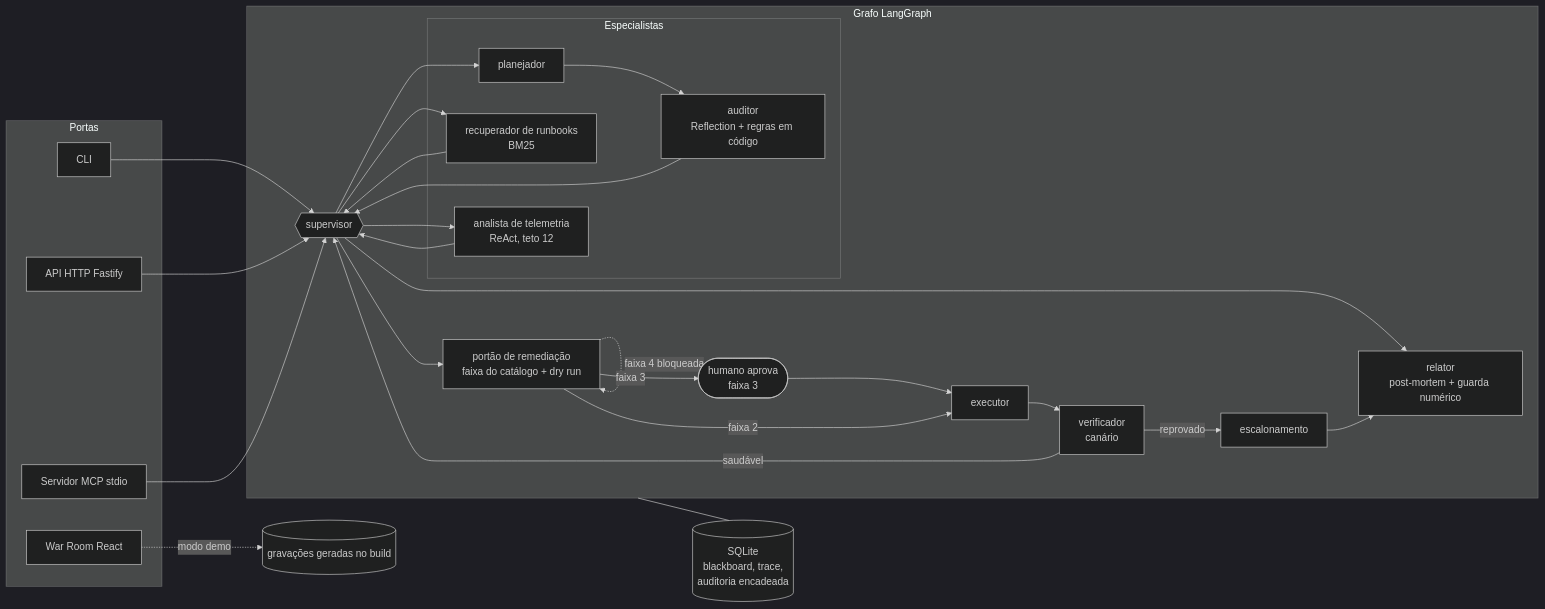
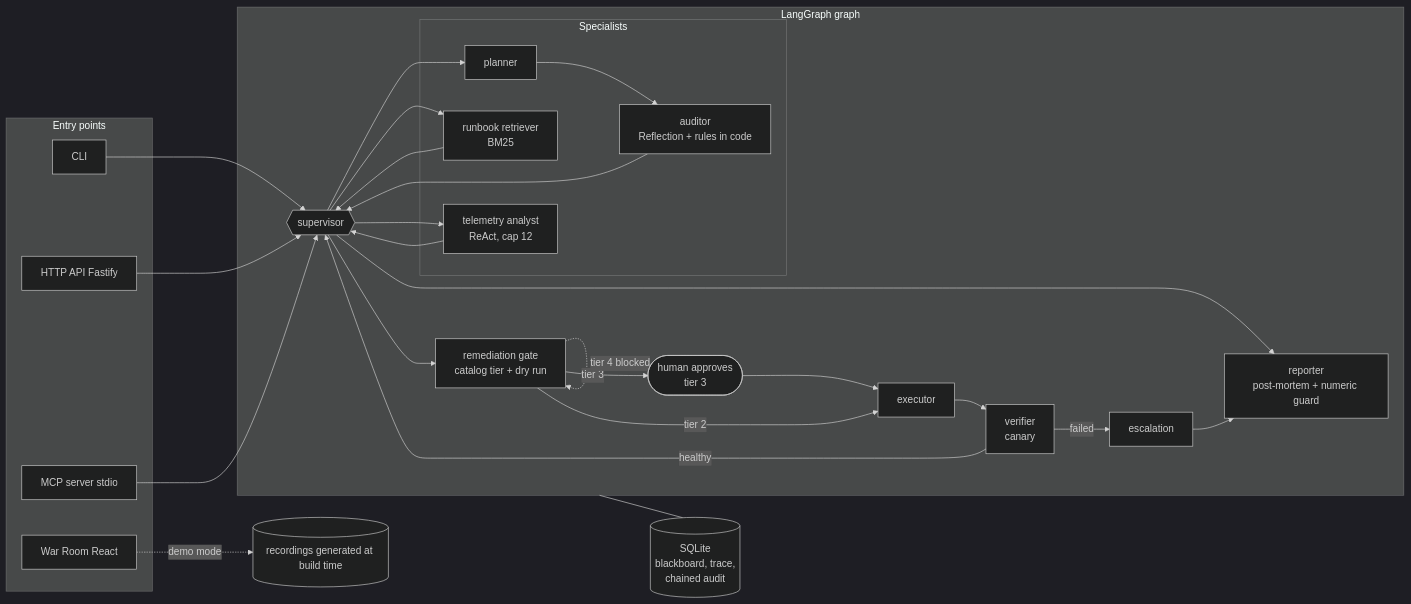
One commit to flaviorg/incident-copilot changed the diagram in README.md. Above: the diagram before and after it, drawn with Mermaid (dark theme). The commit also changed other lines of this file and 4 other files, not shown here.

````diff
--- a/README.md
+++ b/README.md
@@ -60,38 +62,38 @@
 ```mermaid
 flowchart LR
-  subgraph PORTAS [Portas]
+  subgraph PORTAS [Entry points]
     CLI[CLI]
-    API[API HTTP Fastify]
-    MCP[Servidor MCP stdio]
+    API[HTTP API Fastify]
+    MCP[MCP server stdio]
     WR[War Room React]
   end
 
-  subgraph EQUIPE [Grafo LangGraph]
+  subgraph EQUIPE [LangGraph graph]
     SUP{{supervisor}}
-    subgraph ESP [Especialistas]
-      TEL[analista de telemetria<br/>ReAct, teto 12]
-      RB[recuperador de runbooks<br/>BM25]
-      PL[planejador] --> AU[auditor<br/>Reflection + regras em código]
+    subgraph ESP [Specialists]
+      TEL[telemetry analyst<br/>ReAct, cap 12]
+      RB[runbook retriever<br/>BM25]
+      PL[planner] --> AU[auditor<br/>Reflection + rules in code]
     end
-    GT[portão de remediação<br/>faixa do catálogo + dry run]
-    HUM([humano aprova<br/>faixa 3])
-    EX[executor] --> VE[verificador<br/>canário]
-    RP[relator<br/>post-mortem + guarda numérico]
-    ESC[escalonamento]
+    GT[remediation gate<br/>catalog tier + dry run]
+    HUM([human approves<br/>tier 3])
+    EX[executor] --> VE[verifier<br/>canary]
+    RP[reporter<br/>post-mortem + numeric guard]
+    ESC[escalation]
   end
 
-  DB[(SQLite<br/>blackboard, trace,<br/>auditoria encadeada)]
+  DB[(SQLite<br/>blackboard, trace,<br/>chained audit)]
 
   CLI & API & MCP --> SUP
   SUP --> TEL & RB & PL
   TEL & RB --> SUP
   AU --> SUP
   SUP --> GT
-  GT -- faixa 3 --> HUM --> EX
-  GT -- faixa 2 --> EX
-  GT -. faixa 4 bloqueada .-> GT
-  VE -- saudável --> SUP --> RP
-  VE -- reprovado --> ESC --> RP
+  GT -- tier 3 --> HUM --> EX
+  GT -- tier 2 --> EX
+  GT -. tier 4 blocked .-> GT
+  VE -- healthy --> SUP --> RP
+  VE -- failed --> ESC --> RP
   EQUIPE --- DB
-  WR -. modo demo .-> REC[(gravações geradas no build)]
+  WR -. demo mode .-> REC[(recordings generated at build time)]
 ```
````
